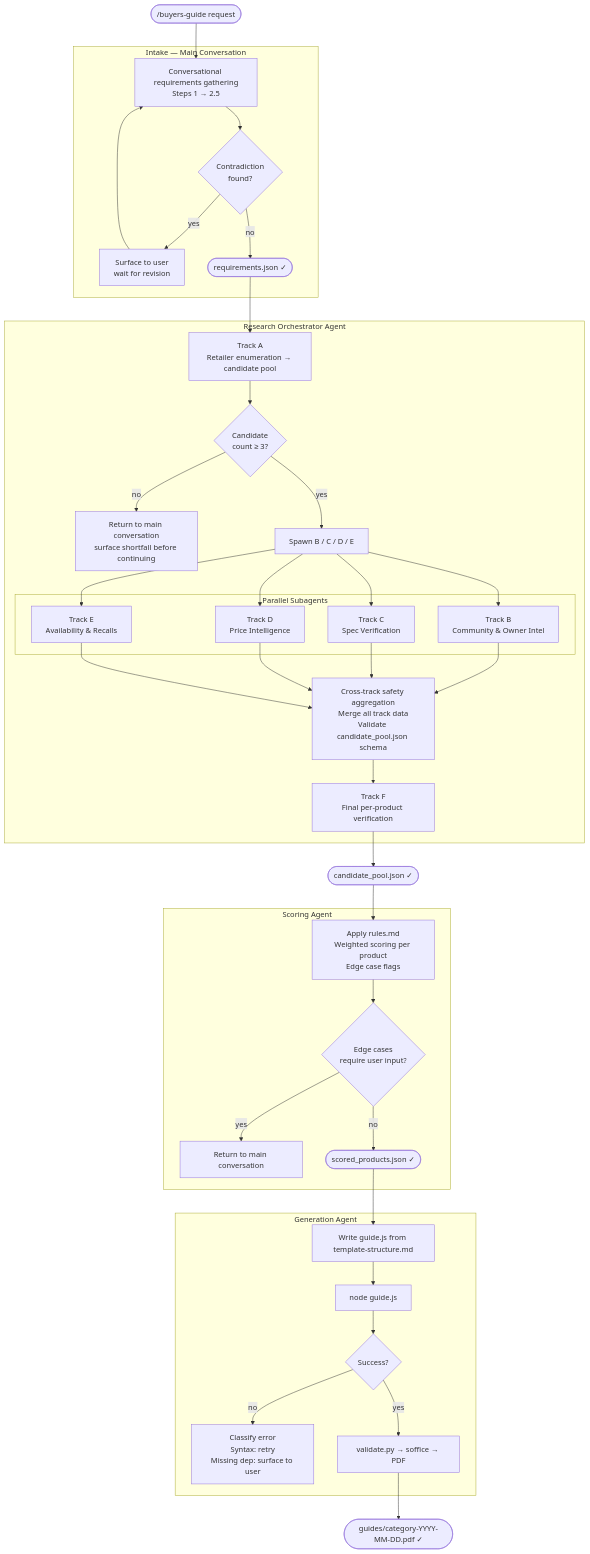
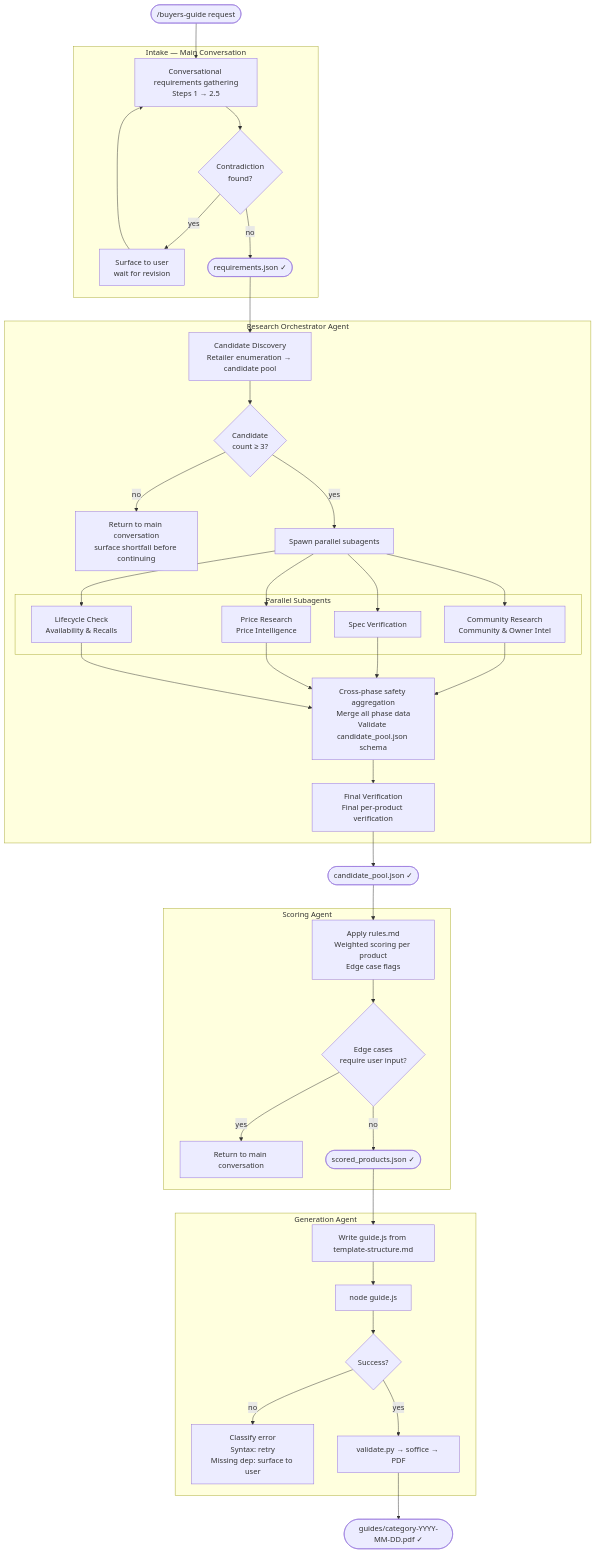
One commit to ncattles/buyer-guide changed the diagram in docs/plans/2026-03-17-agent-architecture-design.md. Above: the diagram before and after it, drawn with Mermaid. The commit also changed other lines of this file and 4 other files, not shown here.

First line of the commit message:
docs: rename all Track A–F references to phase names across README and docs (#7)

````diff
--- a/docs/plans/2026-03-17-agent-architecture-design.md
+++ b/docs/plans/2026-03-17-agent-architecture-design.md
@@ -18,58 +18,58 @@
 ```mermaid
 flowchart TD
     A(["/buyers-guide request"]) --> B
 
     subgraph Intake ["Intake — Main Conversation"]
         B["Conversational requirements gathering\nSteps 1 → 2.5"]
         B --> B1{Contradiction\nfound?}
         B1 -->|yes| B2["Surface to user\nwait for revision"]
         B2 --> B
         B1 -->|no| C
     end
 
     C(["requirements.json ✓"])
 
     subgraph Orchestrator ["Research Orchestrator Agent"]
-        D["Track A\nRetailer enumeration → candidate pool"]
+        D["Candidate Discovery\nRetailer enumeration → candidate pool"]
         D --> D1{Candidate\ncount ≥ 3?}
         D1 -->|no| D2["Return to main conversation\nsurface shortfall before continuing"]
         D1 -->|yes| E
 
         subgraph Parallel ["Parallel Subagents"]
-            E1["Track B\nCommunity & Owner Intel"]
-            E2["Track C\nSpec Verification"]
-            E3["Track D\nPrice Intelligence"]
-            E4["Track E\nAvailability & Recalls"]
+            E1["Community Research\nCommunity & Owner Intel"]
+            E2["Spec Verification"]
+            E3["Price Research\nPrice Intelligence"]
+            E4["Lifecycle Check\nAvailability & Recalls"]
         end
 
-        E["Spawn B / C / D / E"] --> E1 & E2 & E3 & E4
+        E["Spawn parallel subagents"] --> E1 & E2 & E3 & E4
         E1 & E2 & E3 & E4 --> F
 
-        F["Cross-track safety aggregation\nMerge all track data\nValidate candidate_pool.json schema"]
-        F --> G["Track F\nFinal per-product verification"]
+        F["Cross-phase safety aggregation\nMerge all phase data\nValidate candidate_pool.json schema"]
+        F --> G["Final Verification\nFinal per-product verification"]
     end
 
     C --> D
     G --> H(["candidate_pool.json ✓"])
 
     subgraph Scoring ["Scoring Agent"]
         I["Apply rules.md\nWeighted scoring per product\nEdge case flags"]
         I --> I1{Edge cases\nrequire user input?}
         I1 -->|yes| I2["Return to main conversation"]
         I1 -->|no| J
     end
 
     H --> I
     J(["scored_products.json ✓"])
 
     subgraph Generation ["Generation Agent"]
         K["Write guide.js from template-structure.md"]
         K --> K1["node guide.js"]
         K1 --> K2{Success?}
         K2 -->|no| K3["Classify error\nSyntax: retry\nMissing dep: surface to user"]
         K2 -->|yes| K4["validate.py → soffice → PDF"]
     end
 
     J --> K
     K4 --> L(["guides/category-YYYY-MM-DD.pdf ✓"])
 ```
````
